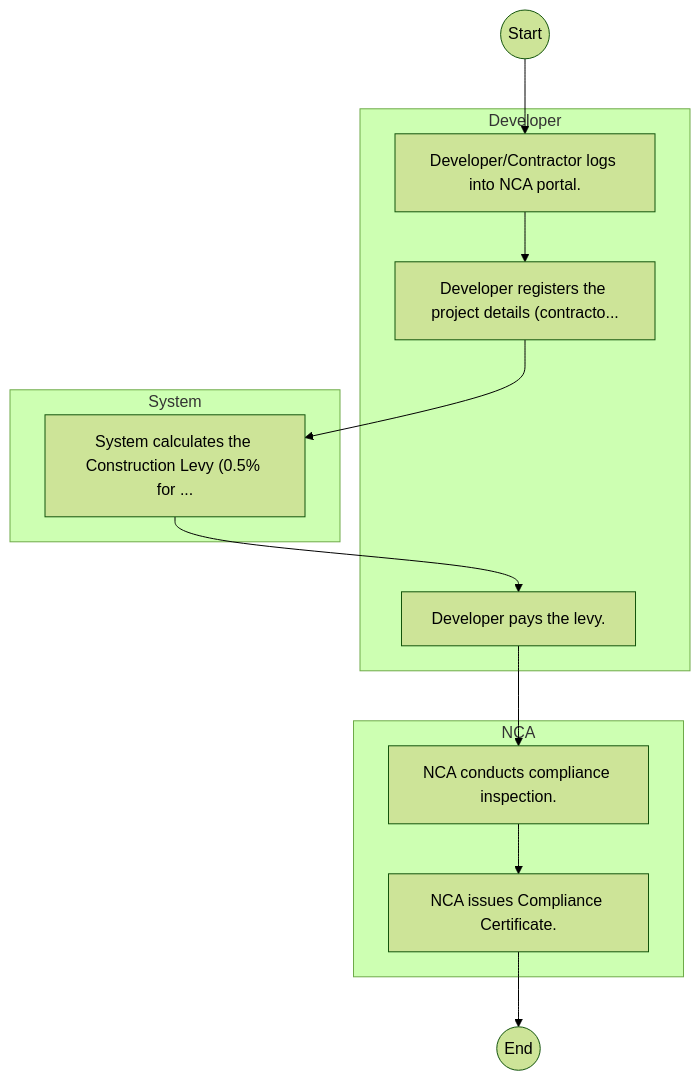
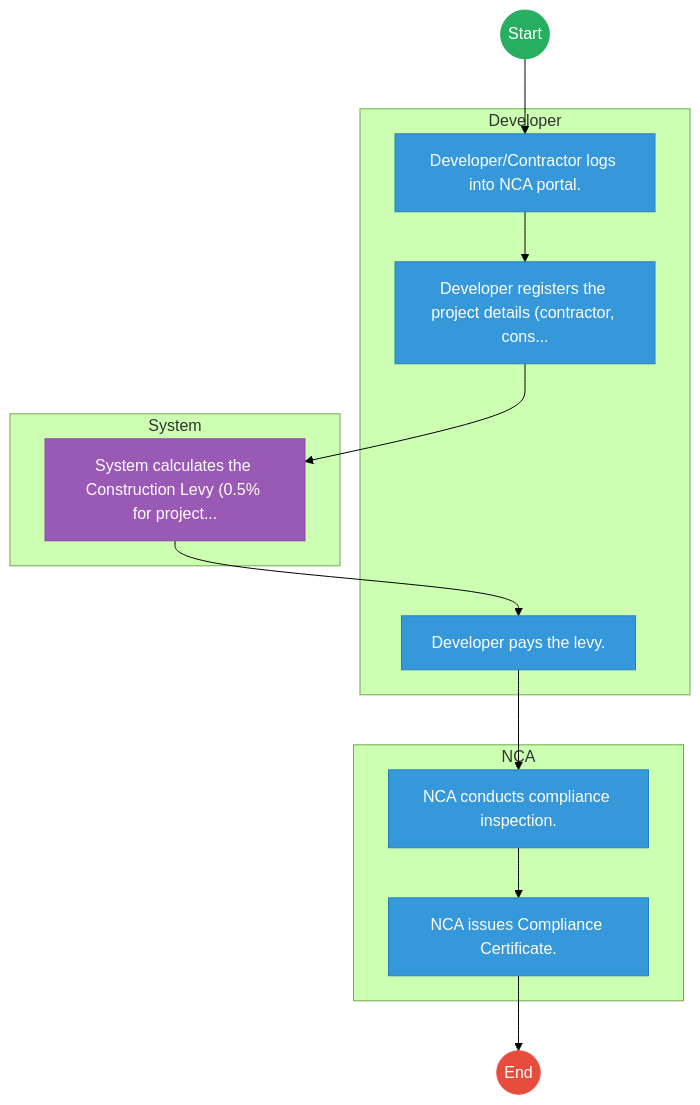
The first of 2 diagrams in mdas/docs_final/National_Construction_Authority___Service_Delivery.md (BITZ-IT-Consulting-LTD/ictapoc), drawn with Mermaid (forest theme) before and after one commit. The commit also changed other lines of this file and 461 other files, not shown here.

````diff
--- a/mdas/docs_final/National_Construction_Authority___Service_Delivery.md
+++ b/mdas/docs_final/National_Construction_Authority___Service_Delivery.md
@@ -20,22 +20,35 @@
 ```mermaid
 graph TD
     Start((Start)) --> S1
+
     subgraph Developer [Developer]
         S1["Developer/Contractor logs into NCA portal."]
-        S2["Developer registers the project details (contracto..."]
+        S2["Developer registers the project details (contractor, cons..."]
         S4["Developer pays the levy."]
     end
+
     subgraph System [System]
-        S3["System calculates the Construction Levy (0.5% for ..."]
+        S3["System calculates the Construction Levy (0.5% for project..."]
     end
+
     subgraph NCA [NCA]
         S5["NCA conducts compliance inspection."]
         S6["NCA issues Compliance Certificate."]
     end
     S1 --> S2
     S2 --> S3
     S3 --> S4
     S4 --> S5
     S5 --> S6
     S6 --> End((End))
+
+    classDef start fill:#27ae60,stroke:#27ae60,color:#fff;
+    classDef endNode fill:#e74c3c,stroke:#e74c3c,color:#fff;
+    classDef userTask fill:#3498db,stroke:#2980b9,color:#fff;
+    classDef serviceTask fill:#9b59b6,stroke:#8e44ad,color:#fff;
+
+    class Start start;
+    class End endNode;
+    class S1,S2,S4,S5,S6 userTask;
+    class S3 serviceTask;
 ```
````
